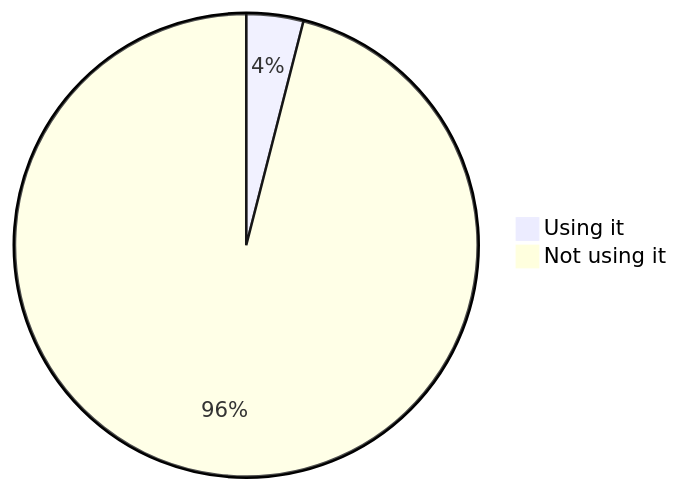
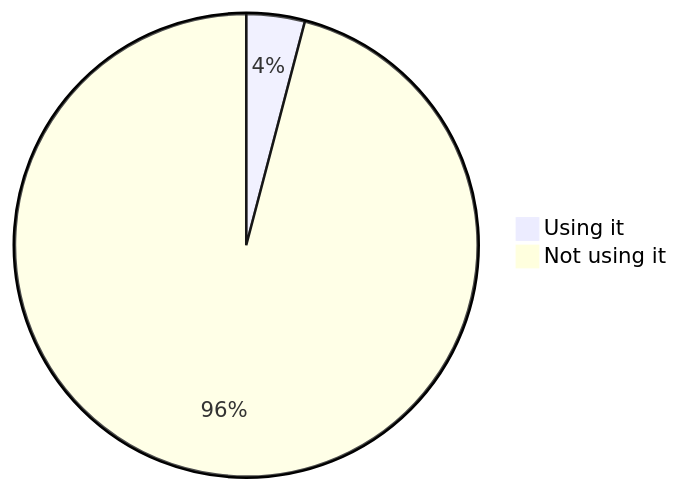
Diagram 11 of 22 in stats.md (oshp/oshp-stats), drawn with Mermaid before and after one commit. The commit also changed other lines of this file, not shown here.

````diff
--- a/stats.md
+++ b/stats.md
@@ -130,6 +130,6 @@
 ```mermaid
 pie
-	"Using it" : 3.98
-	"Not using it" : 96.02
+	"Using it" : 4.08
+	"Not using it" : 95.92
 
 ```
````
